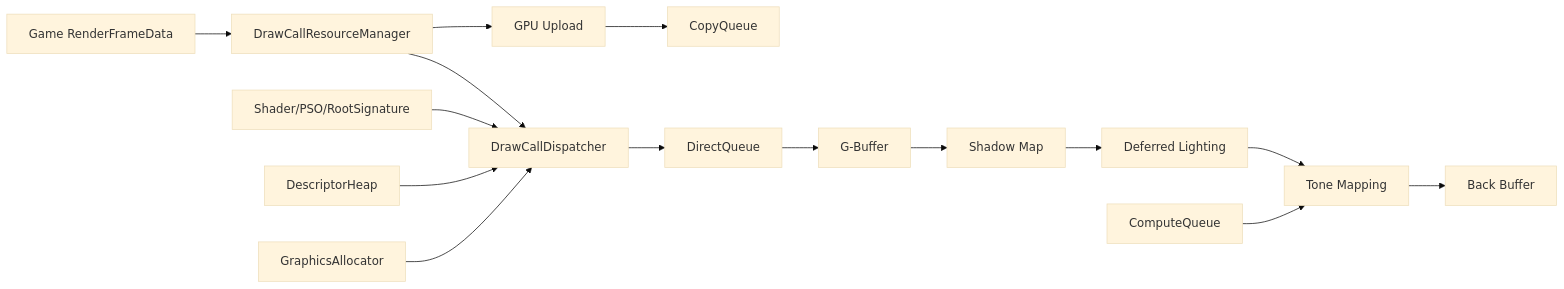
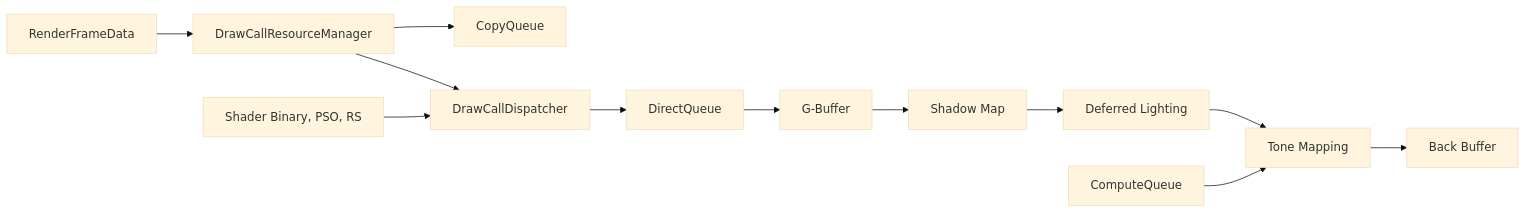
One commit to wewe231223/2026_Graphics changed the third of 8 diagrams in Readme.md. Above: the diagram before and after it, drawn with Mermaid (base theme). The commit also changed other lines of this file, not shown here.

````diff
--- a/Readme.md
+++ b/Readme.md
@@ -187,17 +322,14 @@
 ```mermaid
 flowchart LR
-    FrameData["Game RenderFrameData"] --> ResourceManager["DrawCallResourceManager"]
-    ResourceManager --> Upload["GPU Upload"]
-    Upload --> CopyQueue["CopyQueue"]
+    RenderFrameData["RenderFrameData"] --> ResourceManager["DrawCallResourceManager"]
+    ResourceManager --> CopyQueue["CopyQueue"]
     ResourceManager --> Dispatcher["DrawCallDispatcher"]
-    Shader["Shader/PSO/RootSignature"] --> Dispatcher
-    DescriptorHeap["DescriptorHeap"] --> Dispatcher
-    GraphicsAllocator["GraphicsAllocator"] --> Dispatcher
+    ShaderData["Shader Binary, PSO, RS"] --> Dispatcher
     Dispatcher --> DirectQueue["DirectQueue"]
     DirectQueue --> GBuffer["G-Buffer"]
-    GBuffer --> Shadow["Shadow Map"]
-    Shadow --> Lighting["Deferred Lighting"]
-    Lighting --> ToneMapping["Tone Mapping"]
+    GBuffer --> ShadowMap["Shadow Map"]
+    ShadowMap --> DeferredLighting["Deferred Lighting"]
+    DeferredLighting --> ToneMapping["Tone Mapping"]
     ComputeQueue["ComputeQueue"] --> ToneMapping
     ToneMapping --> BackBuffer["Back Buffer"]
 ```
````
